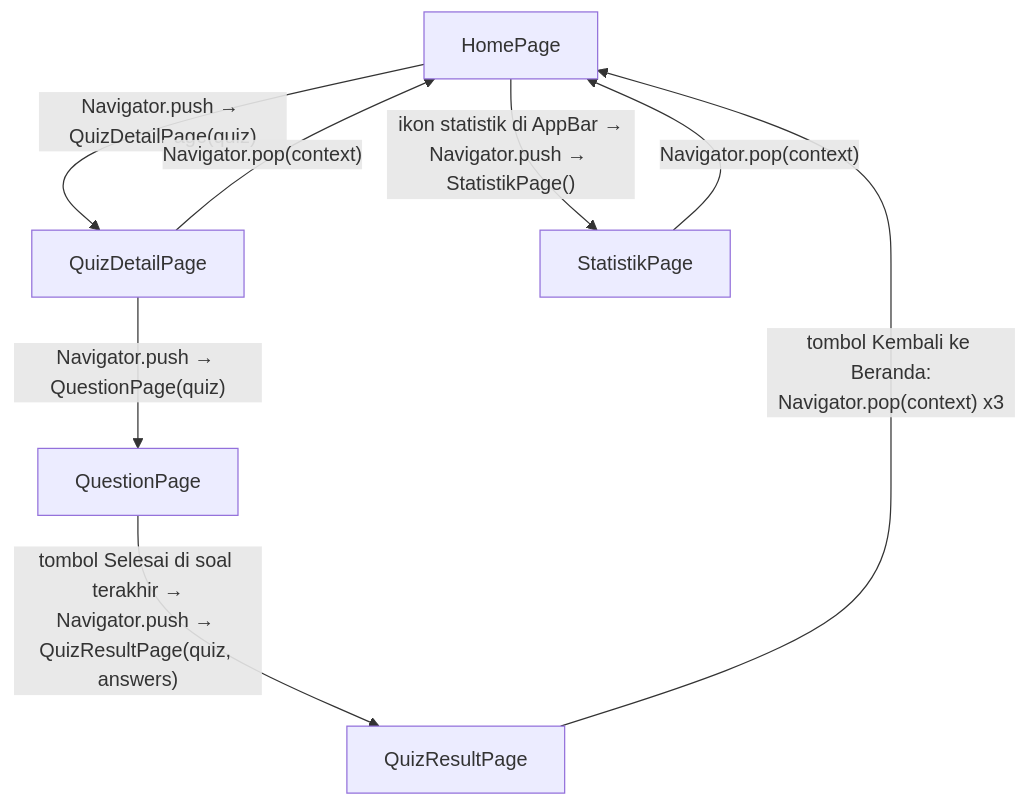
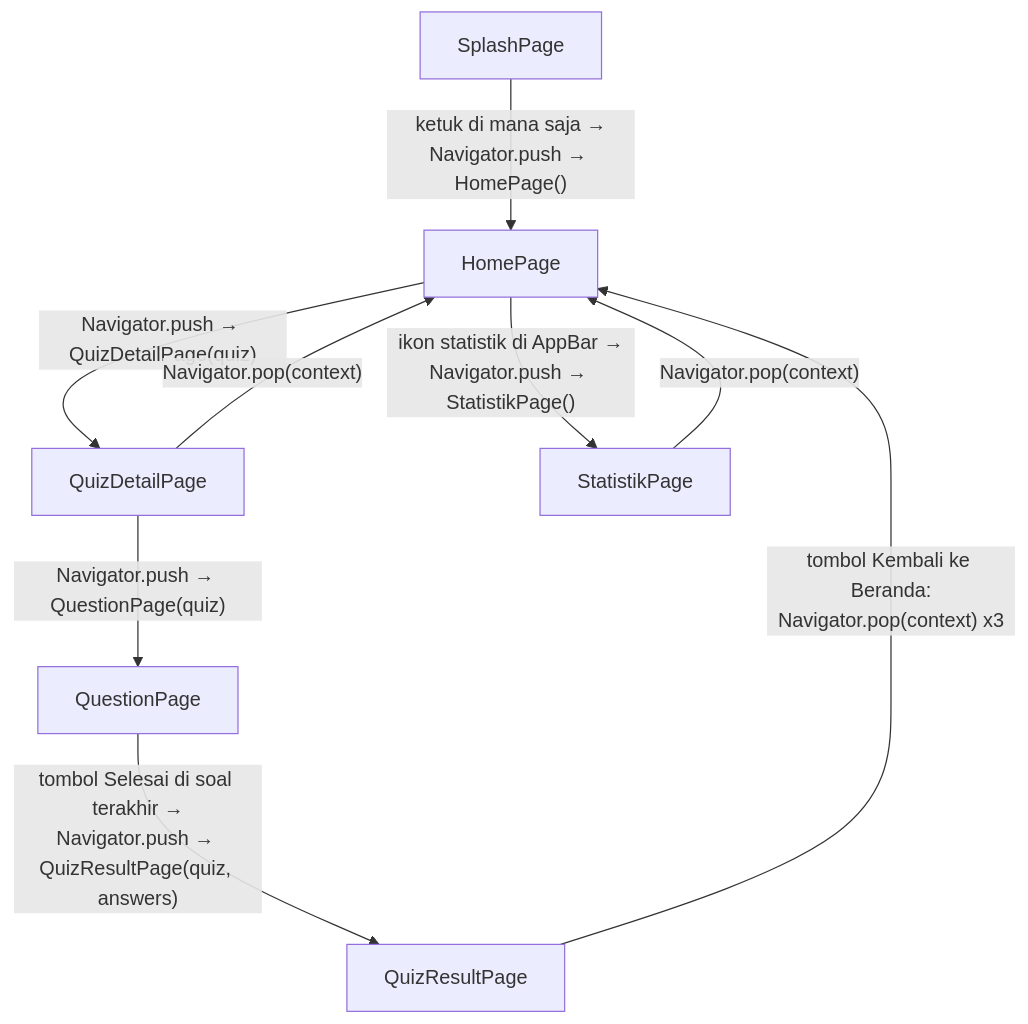
The diagram in PROJECTMAP.md (RenceLix/my-belajar-quiz), drawn with Mermaid before and after one commit. The commit also changed other lines of this file and 19 other files, not shown here.

````diff
--- a/PROJECTMAP.md
+++ b/PROJECTMAP.md
@@ -149,10 +154,11 @@
 ```mermaid
 flowchart TD
-    A[HomePage] -- "Navigator.push → QuizDetailPage(quiz)" --> B[QuizDetailPage]
+    S[SplashPage] -- "ketuk di mana saja →\nNavigator.push → HomePage()" --> A[HomePage]
+    A -- "Navigator.push → QuizDetailPage(quiz)" --> B[QuizDetailPage]
     B -- "Navigator.pop(context)" --> A
     B -- "Navigator.push → QuestionPage(quiz)" --> C[QuestionPage]
     C -- "tombol Selesai di soal terakhir →\nNavigator.push → QuizResultPage(quiz, answers)" --> D[QuizResultPage]
     D -- "tombol Kembali ke Beranda:\nNavigator.pop(context) x3" --> A
     A -- "ikon statistik di AppBar →\nNavigator.push → StatistikPage()" --> E[StatistikPage]
     E -- "Navigator.pop(context)" --> A
 ```
````
